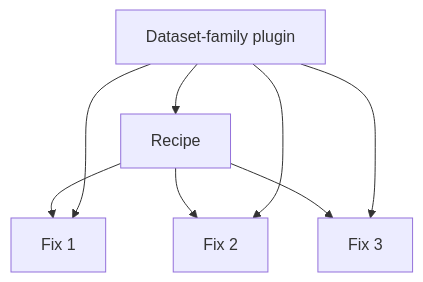
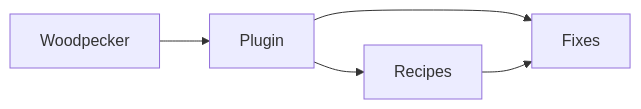
One commit to roocs/woodpecker changed the second of 4 diagrams in woodpecker-milano-slides.md. Above: the diagram before and after it, drawn with Mermaid. The commit also changed other lines of this file, not shown here.

````diff
--- a/woodpecker-milano-slides.md
+++ b/woodpecker-milano-slides.md
@@ -56,10 +72,7 @@
 ```mermaid
-flowchart TD
-    R["Recipe"] --> F1["Fix 1"]
-    R --> F2["Fix 2"]
-    R --> F3["Fix 3"]
-    P["Dataset-family plugin"] --> R
-    P --> F1
-    P --> F2
-    P --> F3
+flowchart LR
+    P["Plugin"] --> F["Fixes"]
+    P --> R["Recipes"]
+    R --> F
+    W["Woodpecker"] --> P
 ```
````
